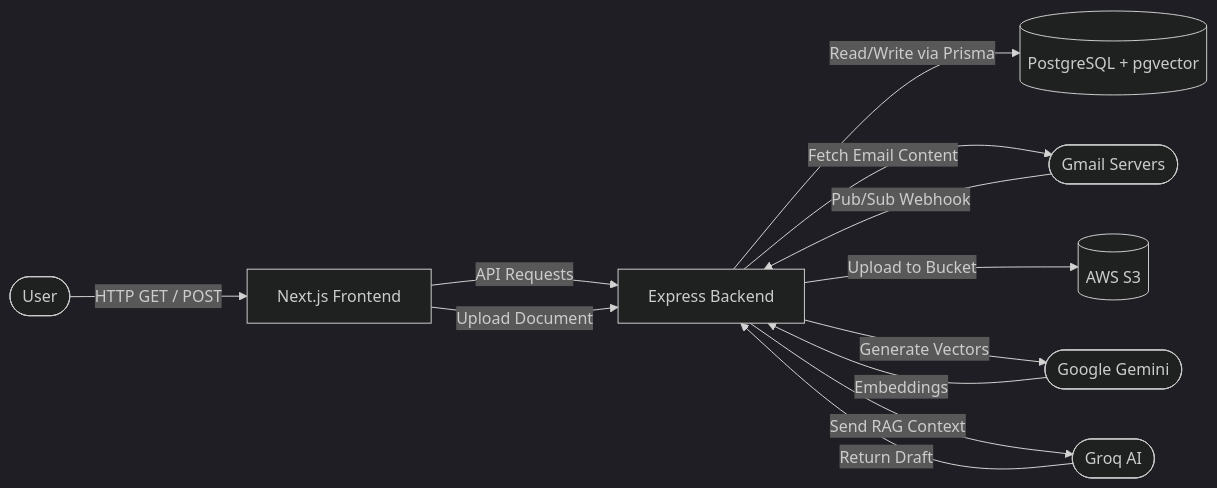
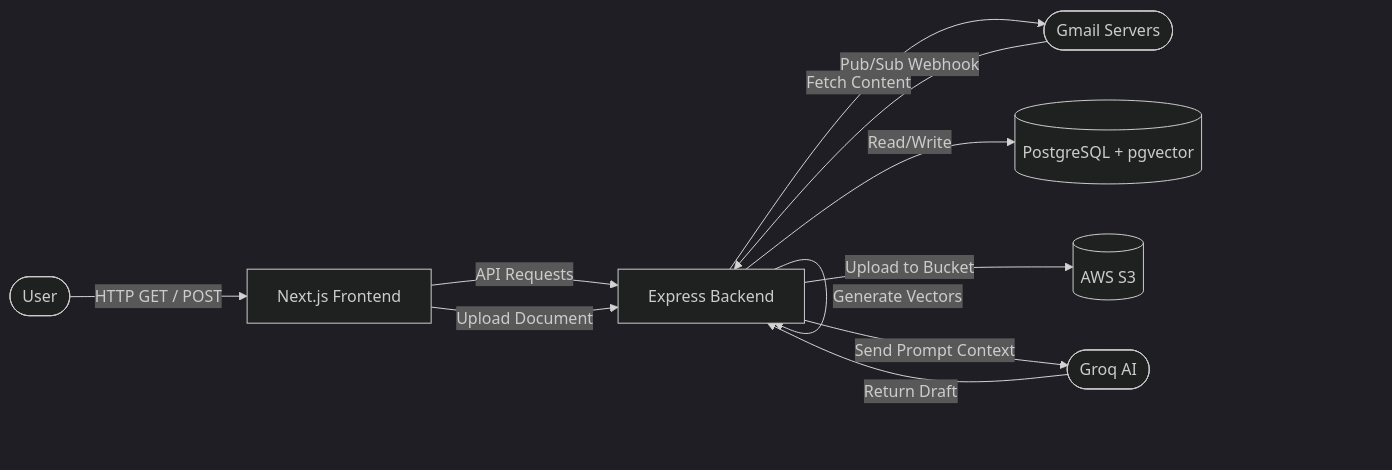
One commit to Lancerhawk/MailBot changed the third of 5 diagrams in README.md. Above: the diagram before and after it, drawn with Mermaid (dark theme). The commit also changed other lines of this file, not shown here.

Commit message:
docs: update README diagrams with detailed AI CRM flow and new Prisma schema

````diff
--- a/README.md
+++ b/README.md
@@ -128,14 +130,13 @@
 ```mermaid
 flowchart LR
     User([User]) -->|HTTP GET / POST| UI[Next.js Frontend]
     UI -->|API Requests| API[Express Backend]
     Gmail([Gmail Servers]) -->|Pub/Sub Webhook| API
-    API -->|Read/Write via Prisma| DB[(PostgreSQL + pgvector)]
-    API -->|Fetch Email Content| Gmail
+    API -->|Read/Write| DB[(PostgreSQL + pgvector)]
+    API -->|Fetch Content| Gmail
     UI -->|Upload Document| API
     API -->|Upload to Bucket| S3[(AWS S3)]
-    API -->|Generate Vectors| Gemini([Google Gemini])
-    Gemini -->|Embeddings| API
-    API -->|Send RAG Context| LLM([Groq AI])
+    API -->|Generate Vectors| API
+    API -->|Send Prompt Context| LLM([Groq AI])
     LLM -->|Return Draft| API
 ```
````
